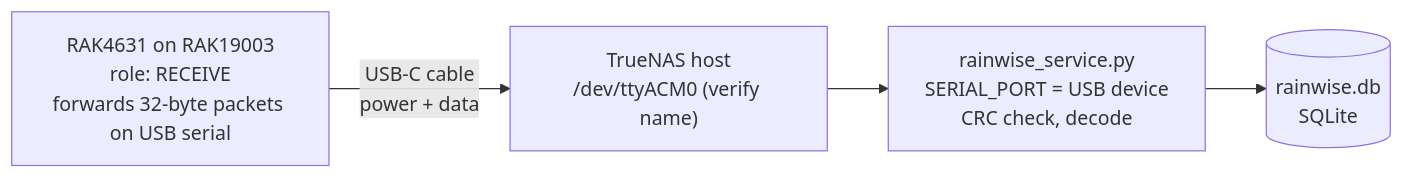
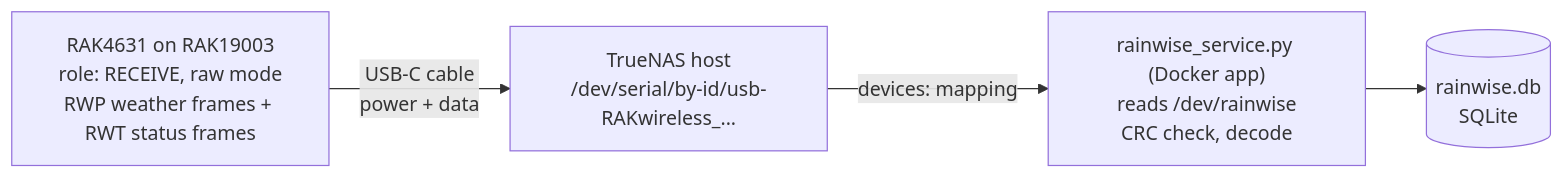
Before and after one commit to cvopicka/Rainwise-Wireless-Info: the fourth of 4 diagrams in docs/hardware.md, drawn with Mermaid. The commit also changed other lines of this file and 1 other file, not shown here.

Commit message:
hardware: NAS receiver diagram matches the current service

````diff
--- a/docs/hardware.md
+++ b/docs/hardware.md
@@ -287,6 +287,6 @@
 ```mermaid
 flowchart LR
-  RAK["RAK4631 on RAK19003<br/>role: RECEIVE<br/>forwards 32-byte packets on USB serial"] -- "USB-C cable<br/>power + data" --> NAS["TrueNAS host<br/>/dev/ttyACM0 (verify name)"]
-  NAS --> SVC["rainwise_service.py<br/>SERIAL_PORT = USB device<br/>CRC check, decode"]
+  RAK["RAK4631 on RAK19003<br/>role: RECEIVE, raw mode<br/>RWP weather frames + RWT status frames"] -- "USB-C cable<br/>power + data" --> NAS["TrueNAS host<br/>/dev/serial/by-id/usb-RAKwireless_..."]
+  NAS -- "devices: mapping" --> SVC["rainwise_service.py (Docker app)<br/>reads /dev/rainwise<br/>CRC check, decode"]
   SVC --> DB[("rainwise.db<br/>SQLite")]
 ```
````
